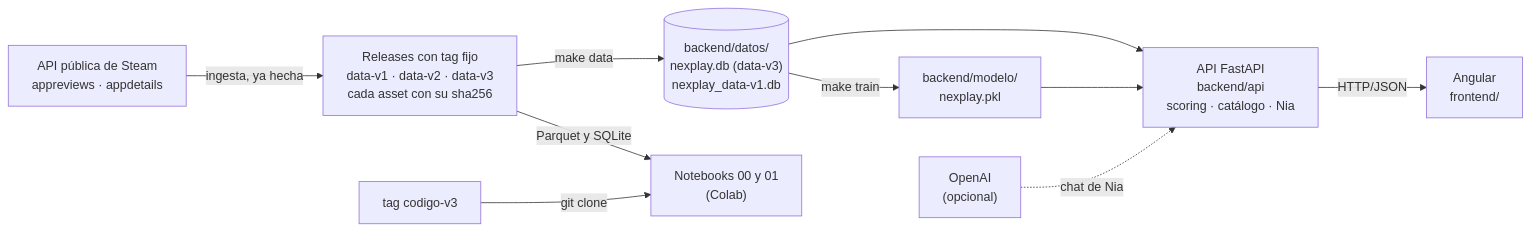
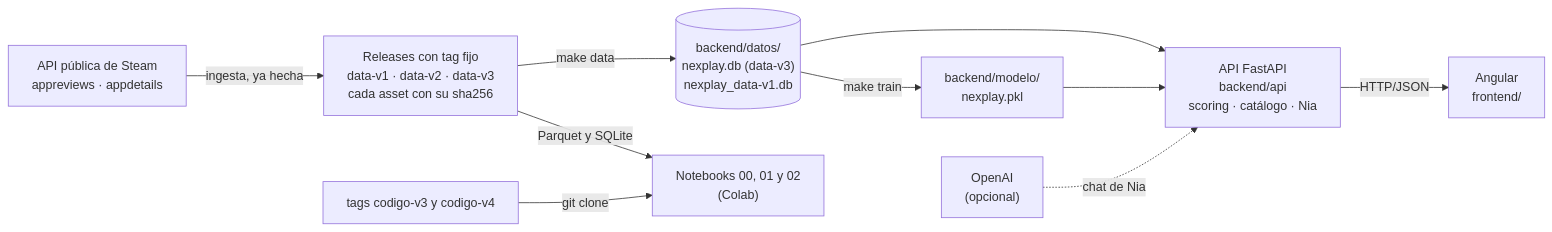
Before and after one commit to fernandoaxelramirezgomez-coder/nexplay: the first of 2 diagrams in README.md, drawn with Mermaid. The commit also changed other lines of this file and 4 other files, not shown here.

````diff
--- a/README.md
+++ b/README.md
@@ -85,12 +86,12 @@
 ```mermaid
 flowchart LR
     steam["API pública de Steam<br/>appreviews · appdetails"] -->|ingesta, ya hecha| releases["Releases con tag fijo<br/>data-v1 · data-v2 · data-v3<br/>cada asset con su sha256"]
     releases -->|make data| datos[("backend/datos/<br/>nexplay.db (data-v3)<br/>nexplay_data-v1.db")]
     datos -->|make train| modelo["backend/modelo/<br/>nexplay.pkl"]
     datos --> api["API FastAPI<br/>backend/api<br/>scoring · catálogo · Nia"]
     modelo --> api
     openai["OpenAI<br/>(opcional)"] -.->|chat de Nia| api
     api -->|HTTP/JSON| web["Angular<br/>frontend/"]
-    releases -->|Parquet y SQLite| nb["Notebooks 00 y 01<br/>(Colab)"]
-    tag["tag codigo-v3"] -->|git clone| nb
+    releases -->|Parquet y SQLite| nb["Notebooks 00, 01 y 02<br/>(Colab)"]
+    tag["tags codigo-v3 y codigo-v4"] -->|git clone| nb
 ```
````
